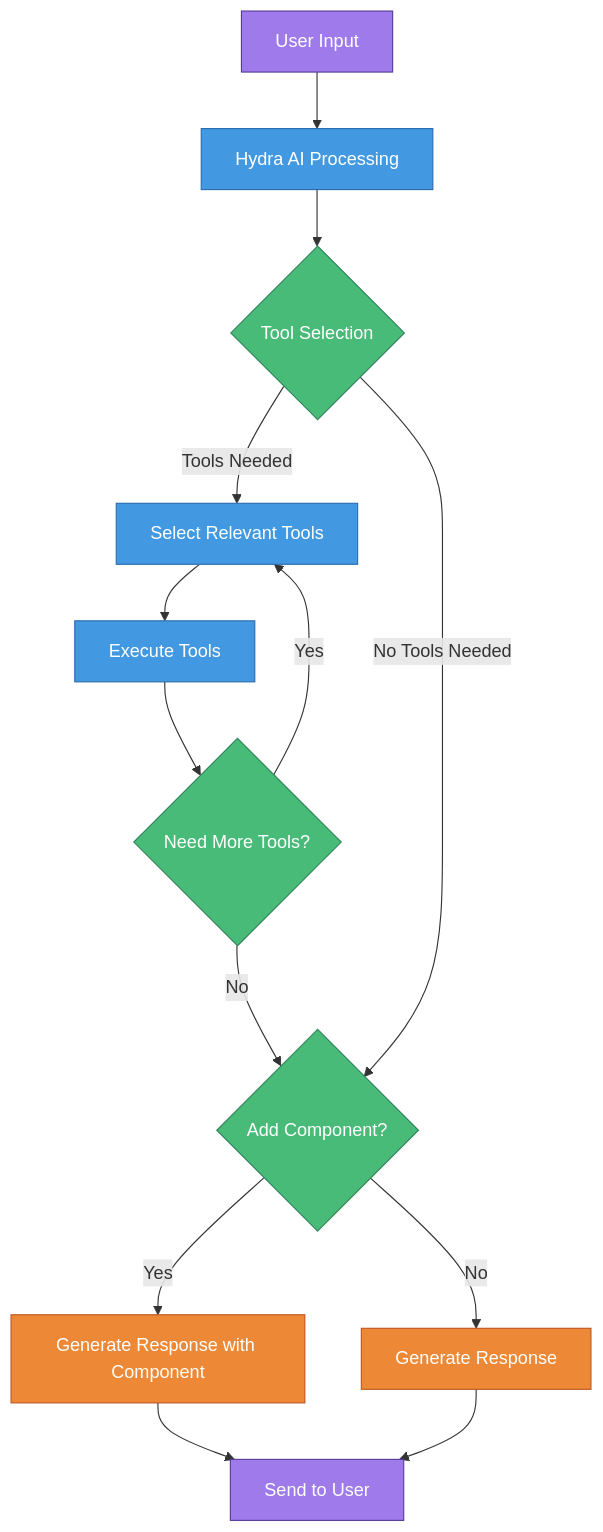
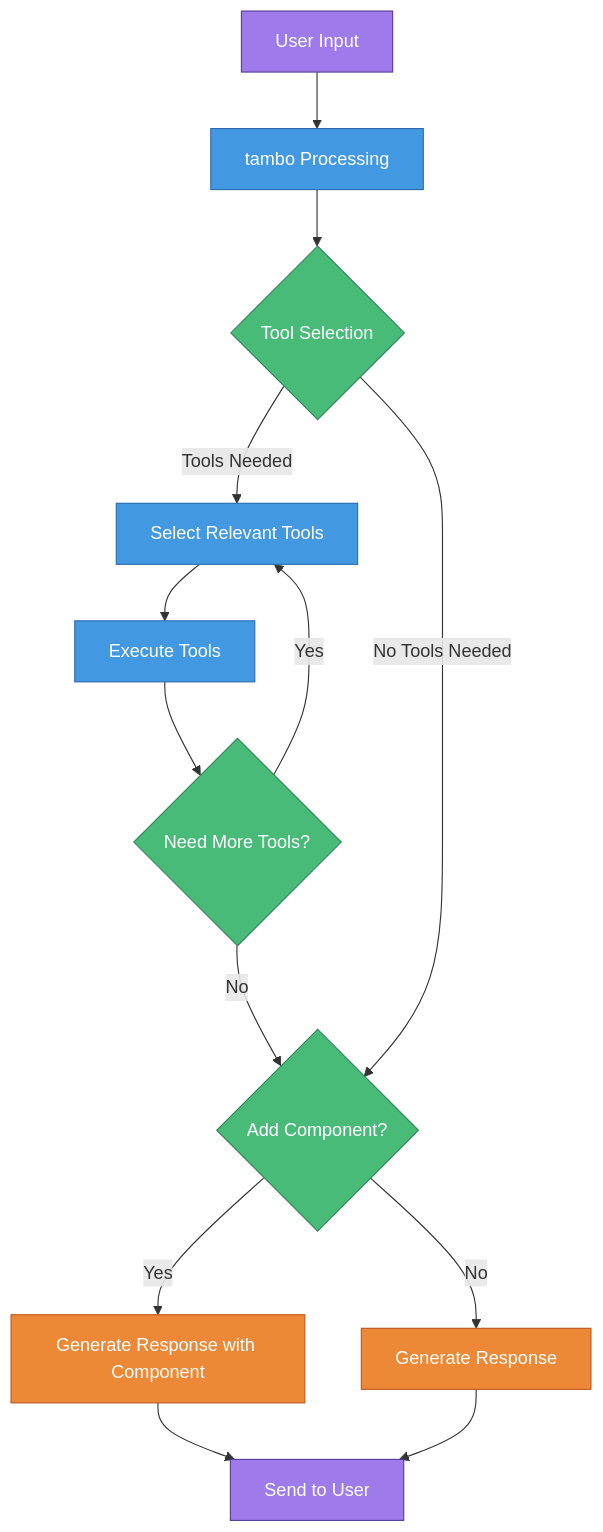
The diagram in tambo-cloud/apps/web/content/vnext/overview/decision-loop.mdx (tambo-ai/tambo), drawn with Mermaid before and after one commit. The commit also changed other lines of this file and 94 other files, not shown here.

````diff
--- a/tambo-cloud/apps/web/content/vnext/overview/decision-loop.mdx
+++ b/tambo-cloud/apps/web/content/vnext/overview/decision-loop.mdx
@@ -8,39 +8,39 @@
 ```mermaid
 graph TD
-A[User Input] --> B[Hydra AI Processing]
+A[User Input] --> B[tambo Processing]
 B --> C{Tool Selection}
 
 C -->|Tools Needed| D[Select Relevant Tools]
 D --> E[Execute Tools]
 E --> F{Need More Tools?}
 
 F -->|Yes| D
 F -->|No| G{Add Component?}
 
 C -->|No Tools Needed| G
 
 G -->|Yes| H[Generate Response with Component]
 G -->|No| I[Generate Response]
 
 H --> J[Send to User]
 I --> J
 
 
 %% User interaction nodes - purple theme
 style A fill:#9f7aea,stroke:#553c9a,color:#ffffff
 style J fill:#9f7aea,stroke:#553c9a,color:#ffffff
 
 %% Processing nodes - blue theme
 style B fill:#4299e1,stroke:#2b6cb0,color:#ffffff
 style D fill:#4299e1,stroke:#2b6cb0,color:#ffffff
 style E fill:#4299e1,stroke:#2b6cb0,color:#ffffff
 
 %% Decision nodes - green theme
 style C fill:#48bb78,stroke:#2f855a,color:#ffffff
 style F fill:#48bb78,stroke:#2f855a,color:#ffffff
 style G fill:#48bb78,stroke:#2f855a,color:#ffffff
 
 %% Response nodes - orange theme
 style H fill:#ed8936,stroke:#c05621,color:#ffffff
 style I fill:#ed8936,stroke:#c05621,color:#ffffff
 ```
````
